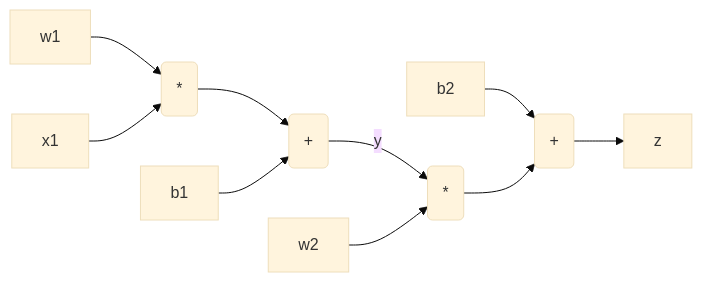
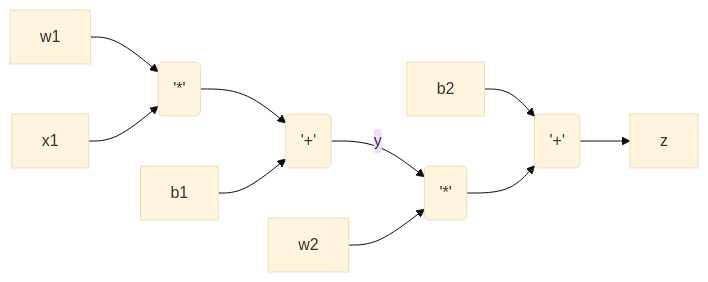
Before and after one commit to elaplas/autograd: the first of 5 diagrams in README.md, drawn with Mermaid (base theme). The commit also changed other lines of this file, not shown here.

````diff
--- a/README.md
+++ b/README.md
@@ -21,12 +21,12 @@
 ```mermaid
 graph LR
-A[w1] -->D(*) 
-B[x1] -->D(*)
-D(*) -->E(+)
-C[b1] --> E(+)
-E(+) --> |y| G(*)
-M[w2] -->G(*)
-N[b2] -->L(+)
-G(*) -->L(+)
-L(+) -->R[z]
+A[w1] -->D('*') 
+B[x1] -->D('*')
+D('*') -->E('+')
+C[b1] --> E('+')
+E('+') --> |y| G('*')
+M[w2] -->G('*')
+N[b2] -->L('+')
+G('*') -->L('+')
+L('+') -->R[z]
 ```
````
